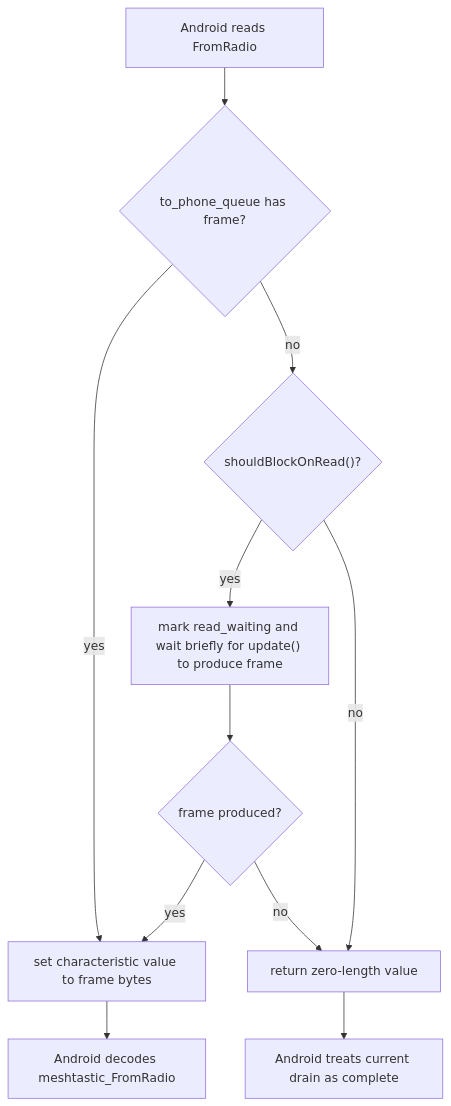
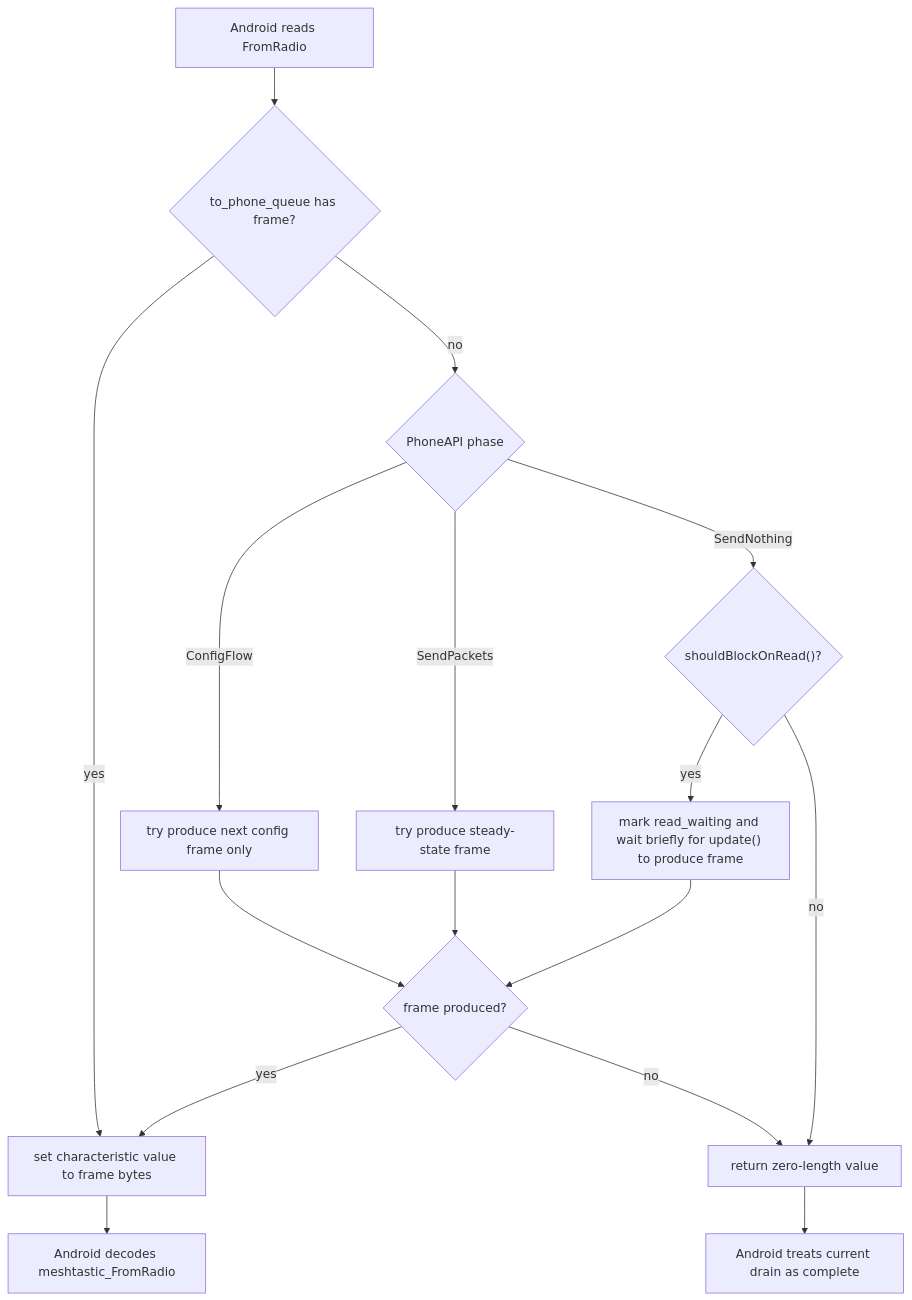
One commit to manmuqingshan/trail-mate changed the fifth of 17 diagrams in docs/specification/MESHTASTIC_ANDROID_BLE_CONNECTION_SPEC.md. Above: the diagram before and after it, drawn with Mermaid. The commit also changed other lines of this file and 10 other files, not shown here.

Commit message:
Align nRF Meshtastic BLE liveness flow

````diff
--- a/docs/specification/MESHTASTIC_ANDROID_BLE_CONNECTION_SPEC.md
+++ b/docs/specification/MESHTASTIC_ANDROID_BLE_CONNECTION_SPEC.md
@@ -286,13 +333,18 @@
 ```mermaid
 flowchart TD
     A["Android reads FromRadio"] --> B{"to_phone_queue has frame?"}
     B -- yes --> C["set characteristic value to frame bytes"]
-    B -- no --> D{"shouldBlockOnRead()?"}
+    B -- no --> P{"PhoneAPI phase"}
+    P -->|ConfigFlow| P1["try produce next config frame only"]
+    P -->|SendPackets| P2["try produce steady-state frame"]
+    P -->|SendNothing| D{"shouldBlockOnRead()?"}
+    P1 --> F{"frame produced?"}
+    P2 --> F
     D -- yes --> E["mark read_waiting and wait briefly for update() to produce frame"]
     D -- no --> H["return zero-length value"]
     E --> F{"frame produced?"}
     F -- yes --> C
     F -- no --> H
     C --> G["Android decodes meshtastic_FromRadio"]
     H --> I["Android treats current drain as complete"]
 ```
````
